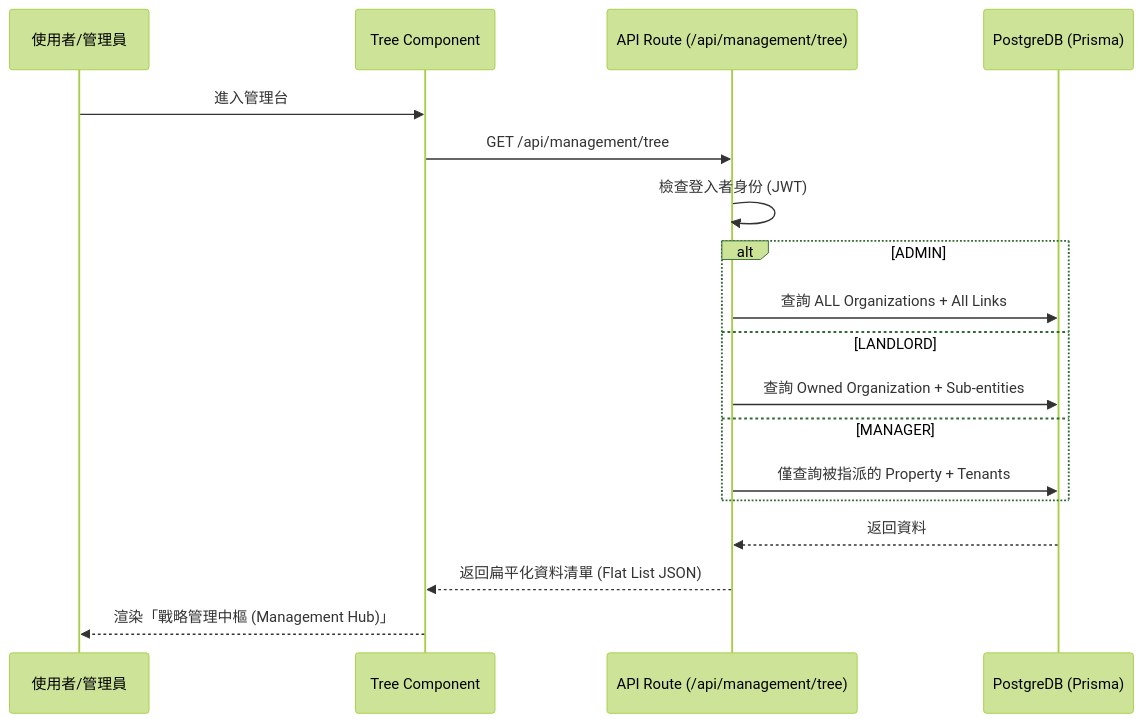
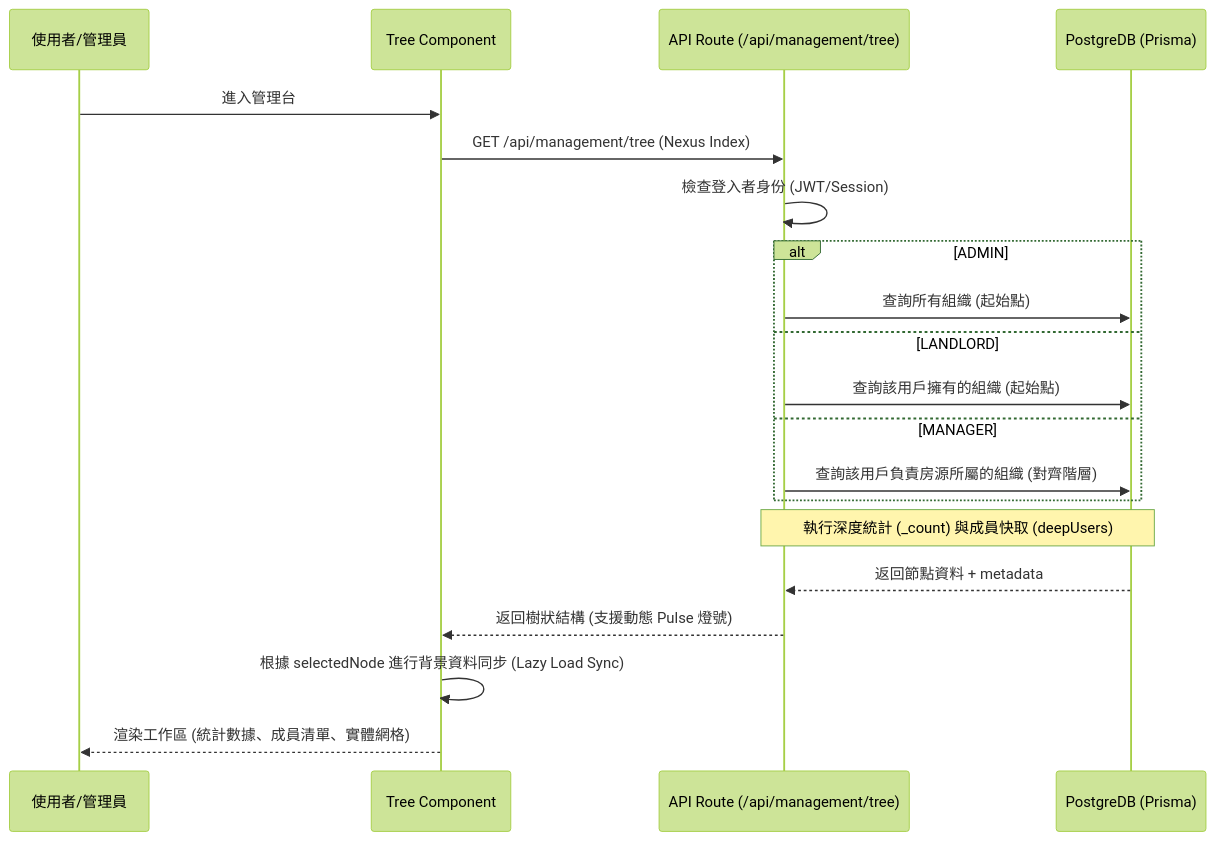
Before and after one commit to Hero935/PrimeStay: the first of 3 diagrams in spec.md, drawn with Mermaid (forest theme). The commit also changed 5 other files, not shown here.

````diff
--- a/spec.md
+++ b/spec.md
@@ -47,21 +47,23 @@
 ```mermaid
 sequenceDiagram
     participant User as 使用者/管理員
     participant Tree as Tree Component
     participant API as API Route (/api/management/tree)
     participant DB as PostgreDB (Prisma)
     
     User->>Tree: 進入管理台
-    Tree->>API: GET /api/management/tree
-    API->>API: 檢查登入者身份 (JWT)
+    Tree->>API: GET /api/management/tree (Nexus Index)
+    API->>API: 檢查登入者身份 (JWT/Session)
     alt ADMIN
-        API->>DB: 查詢 ALL Organizations + All Links
+        API->>DB: 查詢所有組織 (起始點)
     else LANDLORD
-        API->>DB: 查詢 Owned Organization + Sub-entities
+        API->>DB: 查詢該用戶擁有的組織 (起始點)
     else MANAGER
-        API->>DB: 僅查詢被指派的 Property + Tenants
+        API->>DB: 查詢該用戶負責房源所屬的組織 (對齊階層)
     end
-    DB-->>API: 返回資料
-    API-->>Tree: 返回扁平化資料清單 (Flat List JSON)
-    Tree-->>User: 渲染「戰略管理中樞 (Management Hub)」
+    Note over API,DB: 執行深度統計 (_count) 與成員快取 (deepUsers)
+    DB-->>API: 返回節點資料 + metadata
+    API-->>Tree: 返回樹狀結構 (支援動態 Pulse 燈號)
+    Tree->>Tree: 根據 selectedNode 進行背景資料同步 (Lazy Load Sync)
+    Tree-->>User: 渲染工作區 (統計數據、成員清單、實體網格)
 ```
````
